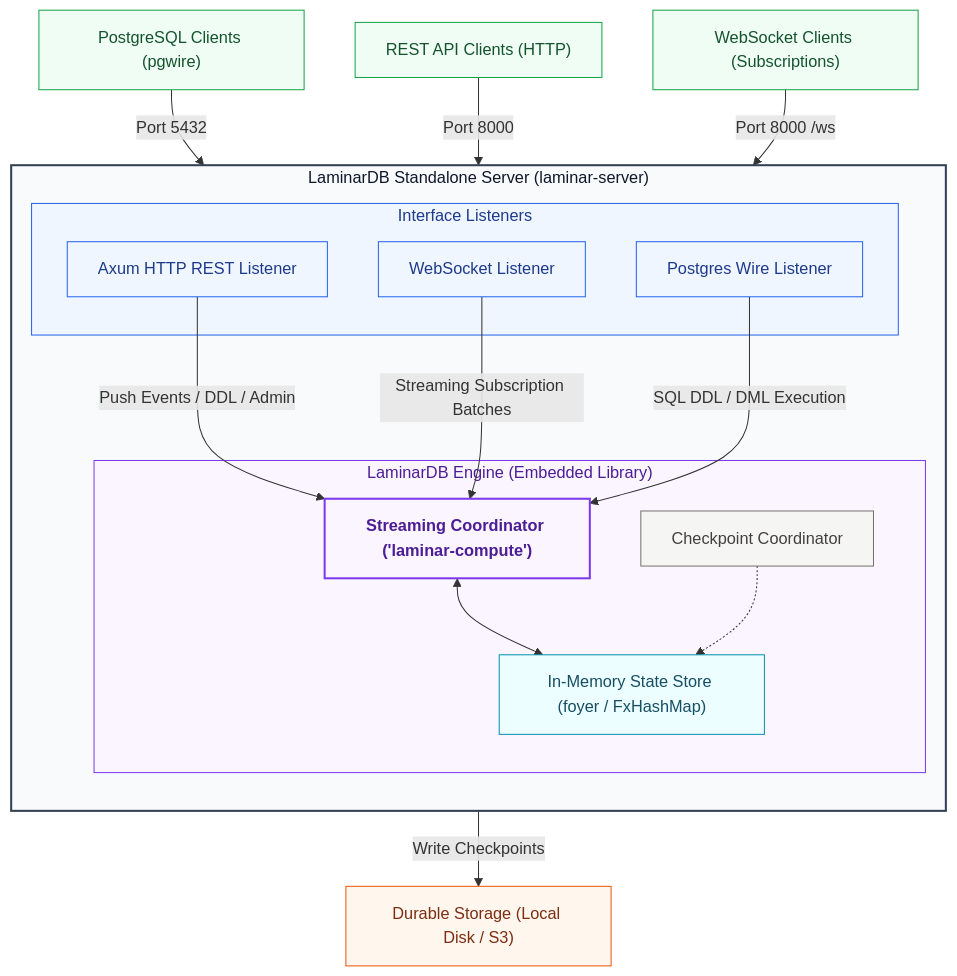
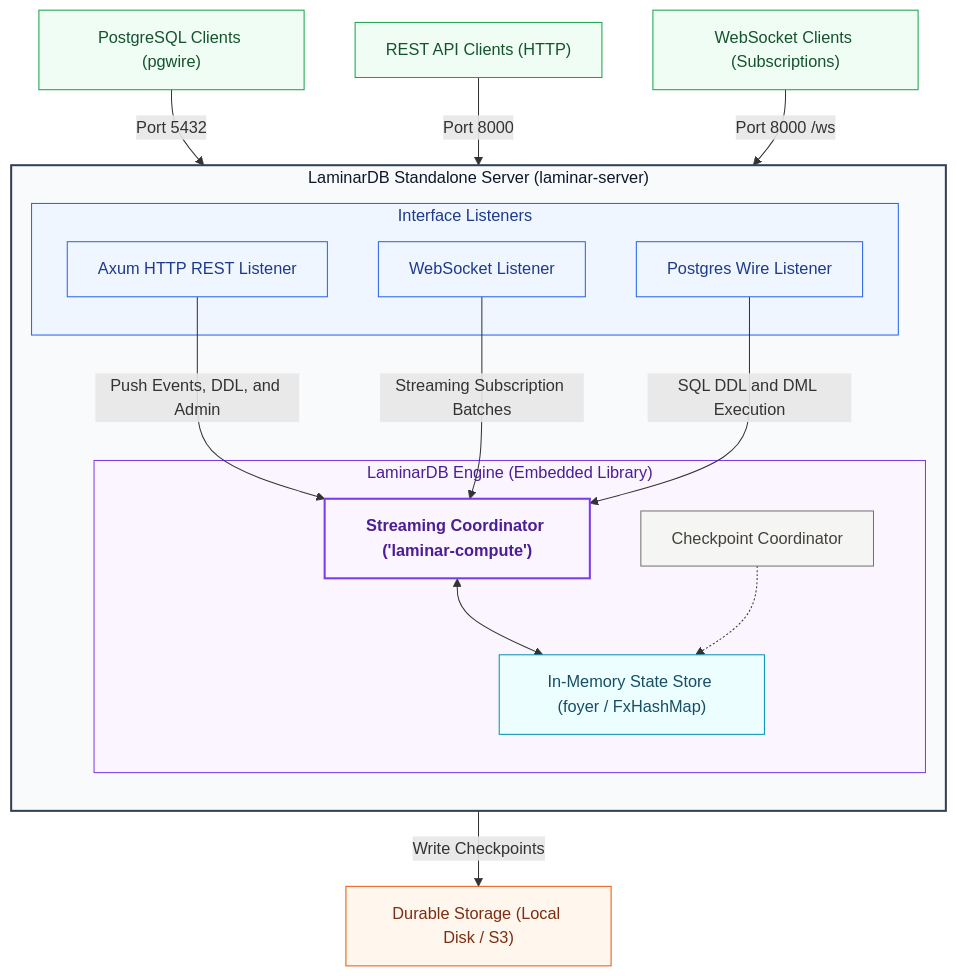
Before and after one commit to laminardb/laminardb: the third of 5 diagrams in README.md, drawn with Mermaid. The commit also changed other lines of this file, not shown here.

Commit message:
docs: fix Mermaid syntax error by quoting link labels

````diff
--- a/README.md
+++ b/README.md
@@ -517,43 +517,43 @@
 ```mermaid
 graph TD
     classDef clientClass fill:#f0fdf4,stroke:#16a34a,stroke-width:1px,color:#14532d;
     classDef portClass fill:#eff6ff,stroke:#2563eb,stroke-width:1px,color:#1e3a8a;
     classDef coordClass fill:#faf5ff,stroke:#7c3aed,stroke-width:2px,color:#4c1d95,font-weight:bold;
     classDef stateClass fill:#ecfeff,stroke:#0891b2,stroke-width:1px,color:#164e63;
     classDef checkpointClass fill:#f5f5f4,stroke:#78716c,stroke-width:1px,color:#44403c;
     classDef storageClass fill:#fff7ed,stroke:#ea580c,stroke-width:1px,color:#7c2d12;
 
     Client1["PostgreSQL Clients (pgwire)"]:::clientClass
     Client2["REST API Clients (HTTP)"]:::clientClass
     Client3["WebSocket Clients (Subscriptions)"]:::clientClass
     
     subgraph Server["LaminarDB Standalone Server (laminar-server)"]
         direction TB
         subgraph Ports["Interface Listeners"]
             REST["Axum HTTP REST Listener"]:::portClass
             WS["WebSocket Listener"]:::portClass
             PgWire["Postgres Wire Listener"]:::portClass
         end
         
         subgraph Engine["LaminarDB Engine (Embedded Library)"]
             Coord["Streaming Coordinator ('laminar-compute')"]:::coordClass
             State["In-Memory State Store (foyer / FxHashMap)"]:::stateClass
             Checkpoint["Checkpoint Coordinator"]:::checkpointClass
             Coord <--> State
             Checkpoint -.-> State
         end
         
-        REST -->|Push Events / DDL / Admin| Coord
-        WS -->|Streaming Subscription Batches| Coord
-        PgWire -->|SQL DDL / DML Execution| Coord
+        REST -->|"Push Events, DDL, and Admin"| Coord
+        WS -->|"Streaming Subscription Batches"| Coord
+        PgWire -->|"SQL DDL and DML Execution"| Coord
     end
     
     Client1 -->|Port 5432| PgWire
     Client2 -->|Port 8000| REST
     Client3 -->|Port 8000 /ws| WS
-    Checkpoint -->|Write Checkpoints| Storage["Durable Storage (Local Disk / S3)"]:::storageClass
+    Checkpoint -->|"Write Checkpoints"| Storage["Durable Storage (Local Disk / S3)"]:::storageClass
 
     style Server fill:#f8fafc,stroke:#334155,stroke-width:2px,color:#0f172a
     style Ports fill:#eff6ff,stroke:#2563eb,color:#1e3a8a
     style Engine fill:#faf5ff,stroke:#7c3aed,color:#4c1d95
 ```
````
